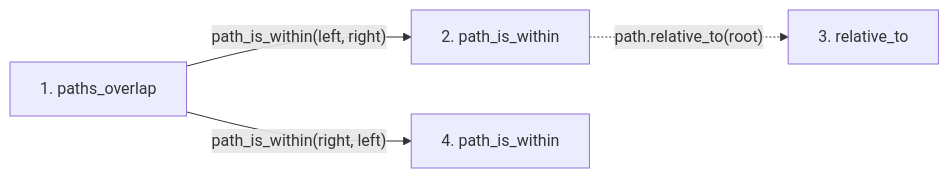
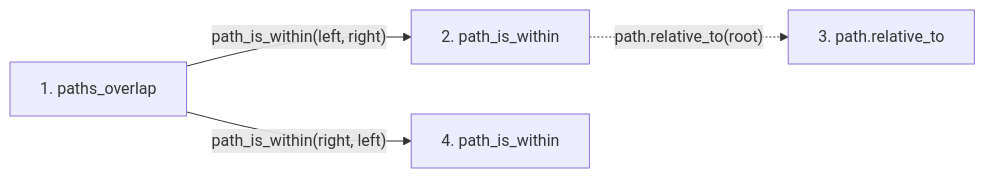
Before and after one commit to Denissvgn/python-wiki-llm: the second of 2 diagrams in docs/llm_wiki/flows/api-paths_overlap.md, drawn with Mermaid. The commit also changed other lines of this file and 719 other files, not shown here.

````diff
--- a/docs/llm_wiki/flows/api-paths_overlap.md
+++ b/docs/llm_wiki/flows/api-paths_overlap.md
@@ -23,13 +23,13 @@
 ```mermaid
 flowchart LR
     s1["1. paths_overlap"]
     s2["2. path_is_within"]
-    s3["3. relative_to"]
+    s3["3. path.relative_to"]
     s4["4. path_is_within"]
     s1 -->|"path_is_within(left, right)"| s2
     s2 -. "path.relative_to(root)" .-> s3
     s1 -->|"path_is_within(right, left)"| s4
     click s1 "../modules/validation.md"
     click s2 "../modules/validation.md"
     click s4 "../modules/validation.md"
 ```
````
